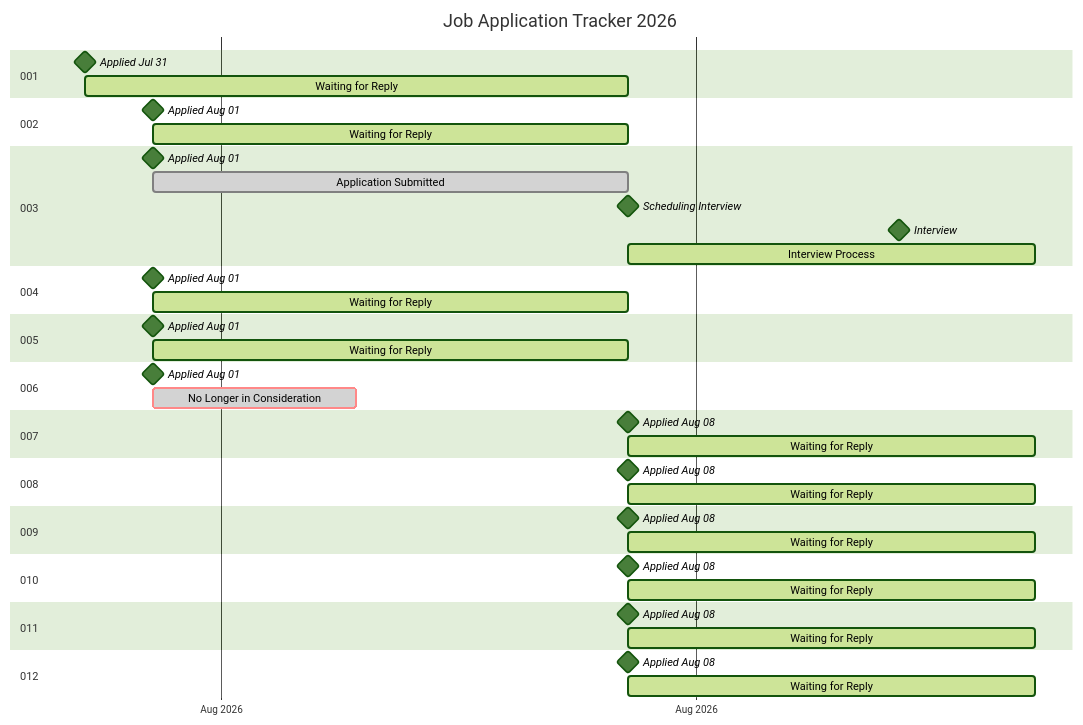
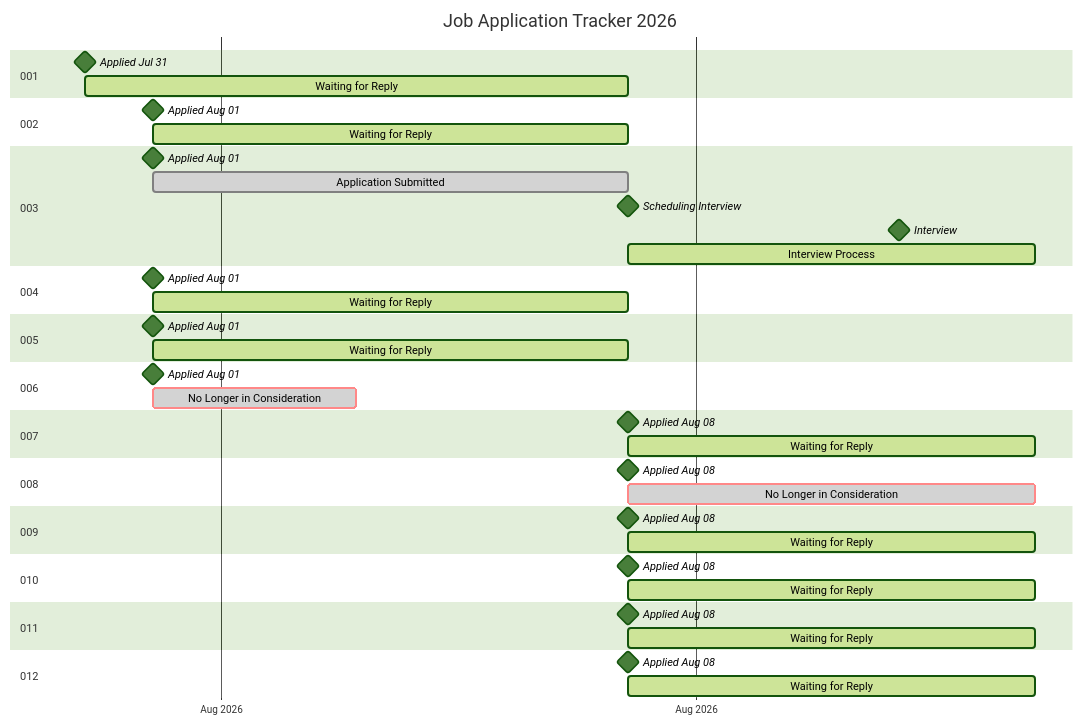
The diagram in README.md (RileyBeenders/rileybeenders.com), drawn with Mermaid (forest theme) before and after one commit. The commit also changed other lines of this file, not shown here.

````diff
--- a/README.md
+++ b/README.md
@@ -12,58 +12,58 @@
 ```mermaid
   gantt
     title Job Application Tracker 2026
     dateFormat YYYY-MM-DD
     tickInterval 1week
     axisFormat %b %Y
 
     section 001
     Applied Jul 31                  :milestone, 2026-07-31, 0d
     Waiting for Reply               :active, 2026-07-31, 8d
 
     section 002
     Applied Aug 01                  :milestone, 2026-08-01, 0d
     Waiting for Reply               :active, 2026-08-01, 7d
 
     section 003
     Applied Aug 01                  :milestone, 2026-08-01, 0d
     Application Submitted           :done, 2026-08-01, 7d
     Scheduling Interview            :milestone, 2026-08-08, 0d
     Interview                       :milestone, 2026-08-12, 0d
     Interview Process               :active, 2026-08-08, 6d
 
     section 004
     Applied Aug 01                  :milestone, 2026-08-01, 0d
     Waiting for Reply               :active, 2026-08-01, 7d
 
     section 005
     Applied Aug 01                  :milestone, 2026-08-01, 0d
     Waiting for Reply               :active, 2026-08-01, 7d
 
     section 006
     Applied Aug 01                  :milestone, 2026-08-01, 0d
     No Longer in Consideration      :crit, done, 2026-08-01, 3d
 
     section 007
     Applied Aug 08                  :milestone, 2026-08-08, 0d
     Waiting for Reply               :active, 2026-08-08, 6d
 
     section 008
     Applied Aug 08                  :milestone, 2026-08-08, 0d
-    Waiting for Reply               :active, 2026-08-08, 6d
+    No Longer in Consideration      :crit, done, 2026-08-08, 6d
 
     section 009
     Applied Aug 08                  :milestone, 2026-08-08, 0d
     Waiting for Reply               :active, 2026-08-08, 6d
 
     section 010
     Applied Aug 08                  :milestone, 2026-08-08, 0d
     Waiting for Reply               :active, 2026-08-08, 6d
 
     section 011
     Applied Aug 08                  :milestone, 2026-08-08, 0d
     Waiting for Reply               :active, 2026-08-08, 6d
 
     section 012
     Applied Aug 08                  :milestone, 2026-08-08, 0d
     Waiting for Reply               :active, 2026-08-08, 6d
 ```
````
